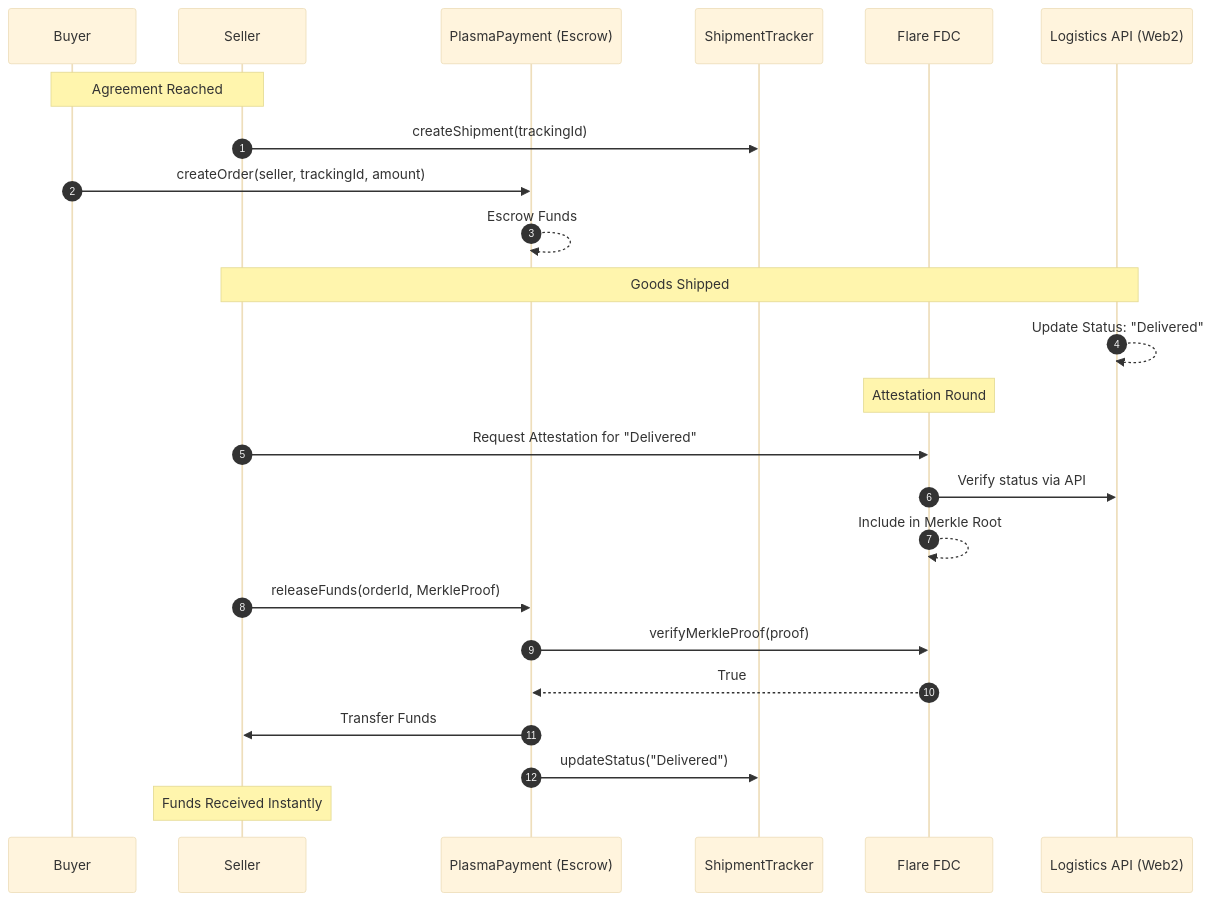
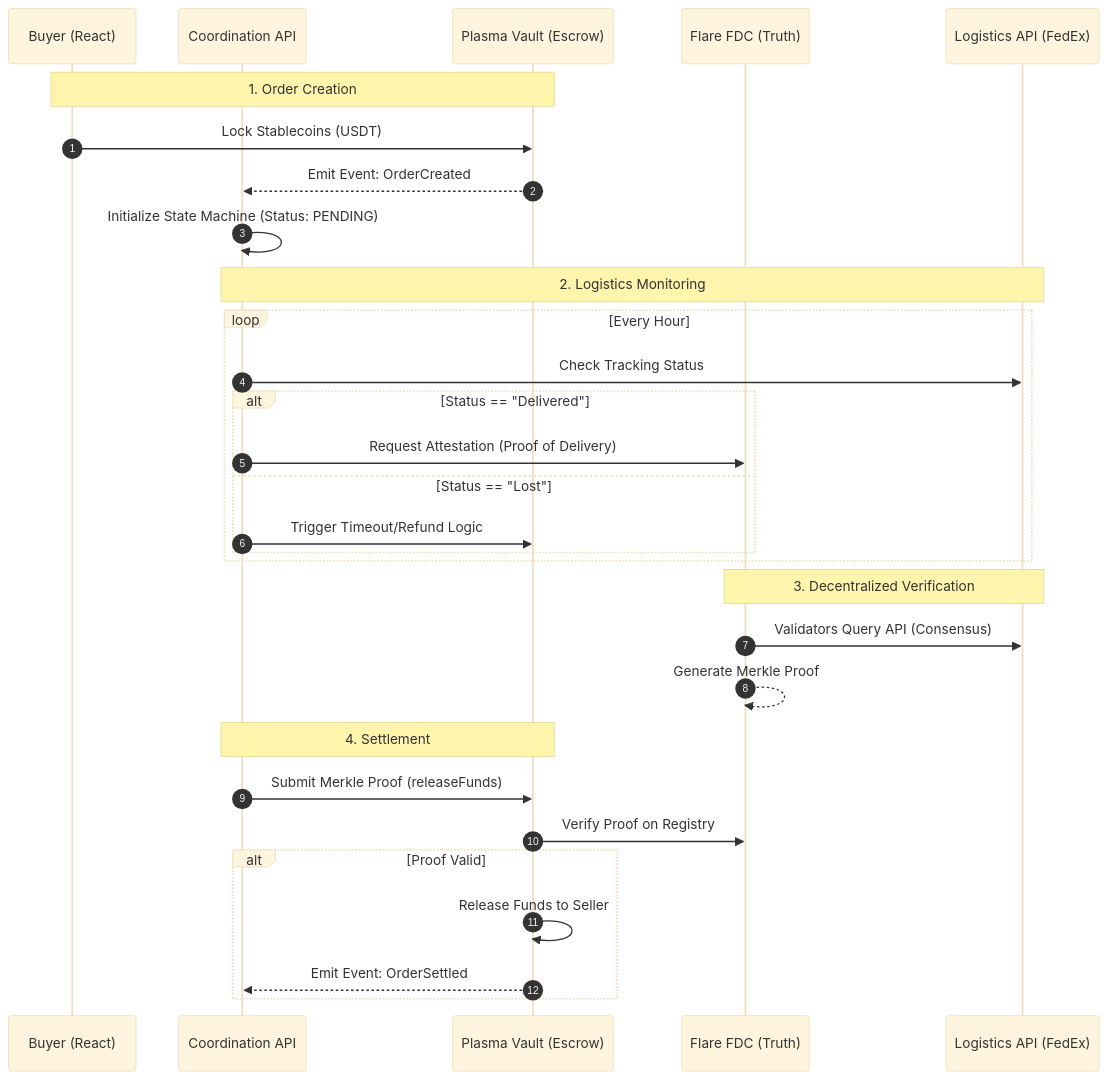
One commit to pkaysantana/production-hardening changed the diagram in docs/ARCHITECTURE.md. Above: the diagram before and after it, drawn with Mermaid (base theme). The commit also changed other lines of this file and 2 other files, not shown here.

Commit message:
docs: update README, ARCHITECTURE, and add PITCH_DECK with 'Money 2.0' branding

````diff
--- a/docs/ARCHITECTURE.md
+++ b/docs/ARCHITECTURE.md
@@ -37,31 +47,36 @@
 ```mermaid
 sequenceDiagram
     autonumber
-    participant B as Buyer
-    participant S as Seller
-    participant P as PlasmaPayment (Escrow)
-    participant T as ShipmentTracker
-    participant F as Flare FDC
-    participant L as Logistics API (Web2)
+    participant B as Buyer (React)
+    participant C as Coordination API
+    participant P as Plasma Vault (Escrow)
+    participant F as Flare FDC (Truth)
+    participant L as Logistics API (FedEx)
 
-    Note over B, S: Agreement Reached
-    S->>T: createShipment(trackingId)
-    B->>P: createOrder(seller, trackingId, amount)
-    P-->>P: Escrow Funds
-    
-    Note over S, L: Goods Shipped
-    L-->>L: Update Status: "Delivered"
-    
-    Note over F: Attestation Round
-    S->>F: Request Attestation for "Delivered"
-    F->>L: Verify status via API
-    F-->>F: Include in Merkle Root
-    
-    S->>P: releaseFunds(orderId, MerkleProof)
-    P->>F: verifyMerkleProof(proof)
-    F-->>P: True
-    P->>S: Transfer Funds
-    P->>T: updateStatus("Delivered")
-    
-    Note over S: Funds Received Instantly
+    Note over B, P: 1. Order Creation
+    B->>P: Lock Stablecoins (USDT)
+    P-->>C: Emit Event: OrderCreated
+    C->>C: Initialize State Machine (Status: PENDING)
+
+    Note over C, L: 2. Logistics Monitoring
+    loop Every Hour
+        C->>L: Check Tracking Status
+        alt Status == "Delivered"
+            C->>F: Request Attestation (Proof of Delivery)
+        else Status == "Lost"
+            C->>P: Trigger Timeout/Refund Logic
+        end
+    end
+
+    Note over F, L: 3. Decentralized Verification
+    F->>L: Validators Query API (Consensus)
+    F-->>F: Generate Merkle Proof
+
+    Note over C, P: 4. Settlement
+    C->>P: Submit Merkle Proof (releaseFunds)
+    P->>F: Verify Proof on Registry
+    alt Proof Valid
+        P->>P: Release Funds to Seller
+        P-->>C: Emit Event: OrderSettled
+    end
 ```
````
